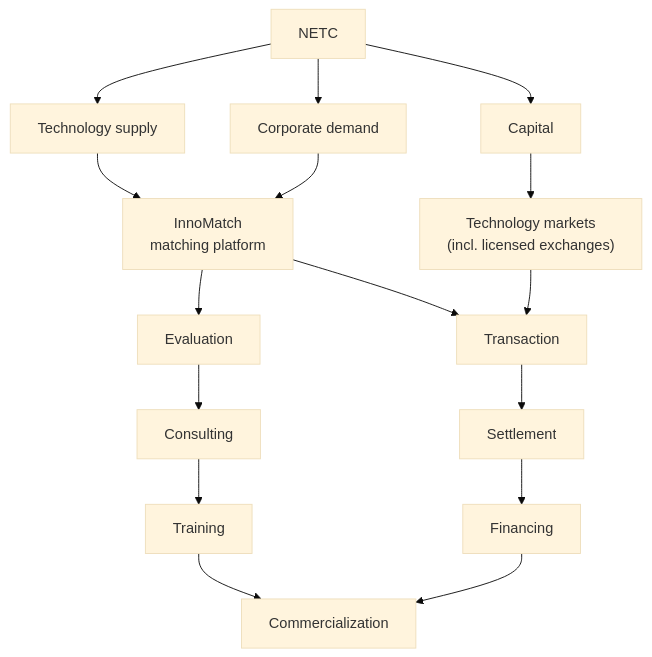
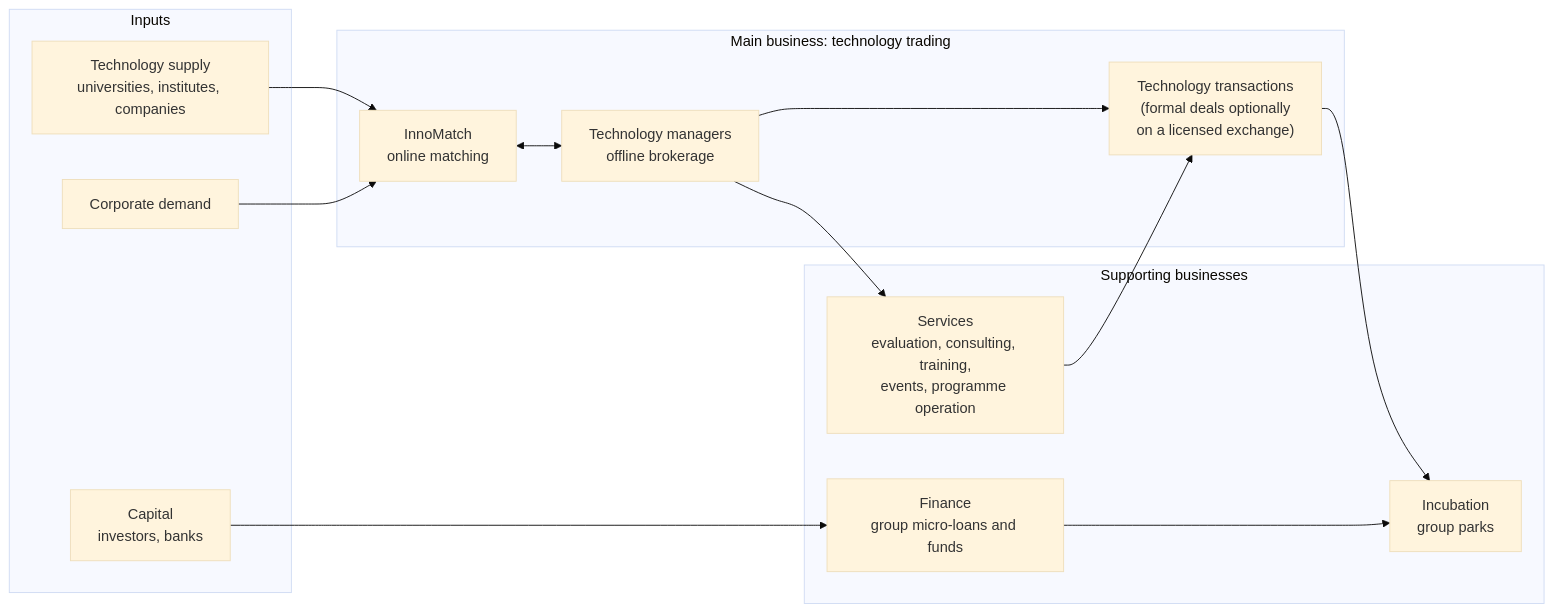
One commit to greensoft-atom/tex-platform changed the first of 2 diagrams in 03-business-models-and-revenue.md. Above: the diagram before and after it, drawn with Mermaid (base theme). The commit also changed other lines of this file and 615 other files, not shown here.

````diff
--- a/03-business-models-and-revenue.md
+++ b/03-business-models-and-revenue.md
@@ -99,18 +102,27 @@
 ```mermaid
-flowchart TB
-    NETC["NETC"] --> SUP["Technology supply"]
-    NETC --> DEM["Corporate demand"]
-    NETC --> CAP["Capital"]
-    SUP --> IM["InnoMatch<br/>matching platform"]
+flowchart LR
+    subgraph IN["Inputs"]
+        SUP["Technology supply<br/>universities, institutes, companies"]
+        DEM["Corporate demand"]
+        CAP["Capital<br/>investors, banks"]
+    end
+    subgraph CORE["Main business: technology trading"]
+        IM["InnoMatch<br/>online matching"]
+        TMG["Technology managers<br/>offline brokerage"]
+        TX["Technology transactions<br/>(formal deals optionally<br/>on a licensed exchange)"]
+    end
+    subgraph SUPPORT["Supporting businesses"]
+        SVC["Services<br/>evaluation, consulting, training,<br/>events, programme operation"]
+        FIN["Finance<br/>group micro-loans and funds"]
+        INC["Incubation<br/>group parks"]
+    end
+    SUP --> IM
     DEM --> IM
-    CAP --> TM["Technology markets<br/>(incl. licensed exchanges)"]
-    IM --> EV["Evaluation"]
-    IM --> TX["Transaction"]
-    TM --> TX
-    EV --> CON["Consulting"]
-    CON --> TR["Training"]
-    TX --> SET["Settlement"]
-    SET --> FIN["Financing"]
-    TR --> COM["Commercialization"]
-    FIN --> COM
+    IM <--> TMG
+    TMG --> TX
+    TMG --> SVC
+    SVC --> TX
+    CAP --> FIN
+    TX --> INC
+    FIN --> INC
 ```
````
